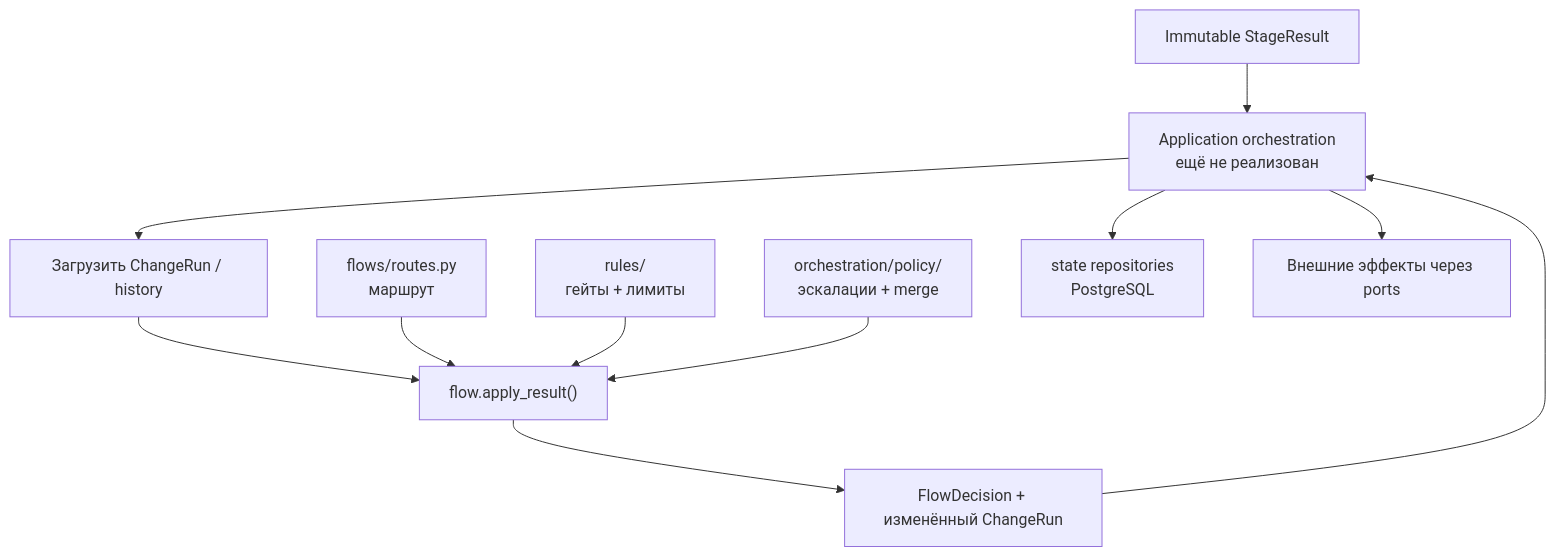
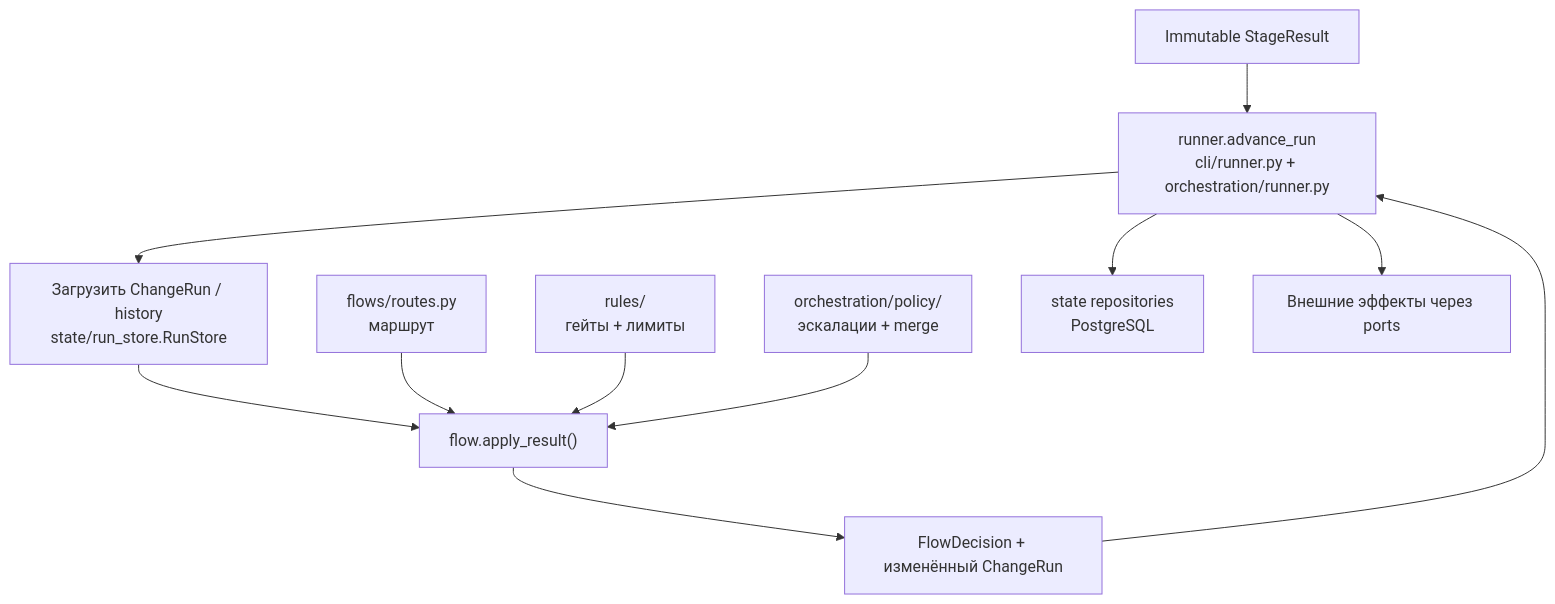
Before and after one commit to vadagama/dark-factory-mvp: the first of 5 diagrams in docs/descriptions/orchestration-flow-and-state.md, drawn with Mermaid. The commit also changed other lines of this file and 8 other files, not shown here.

````diff
--- a/docs/descriptions/orchestration-flow-and-state.md
+++ b/docs/descriptions/orchestration-flow-and-state.md
@@ -22,13 +22,15 @@
 ```mermaid
 flowchart TD
-    RESULT["Immutable StageResult"] --> SERVICE["Application orchestration\nещё не реализован"]
-    SERVICE --> LOAD["Загрузить ChangeRun / history"]
+    RESULT["Immutable StageResult"] --> SERVICE["runner.advance_run
+cli/runner.py + orchestration/runner.py"]
+    SERVICE --> LOAD["Загрузить ChangeRun / history
+state/run_store.RunStore"]
     LOAD --> FLOW["flow.apply_result()"]
     ROUTES["flows/routes.py\nмаршрут"] --> FLOW
     RULES["rules/\nгейты + лимиты"] --> FLOW
     POLICY["orchestration/policy/\nэскалации + merge"] --> FLOW
     FLOW --> DECISION["FlowDecision + изменённый ChangeRun"]
     DECISION --> SERVICE
     SERVICE --> STATE["state repositories\nPostgreSQL"]
     SERVICE --> EFFECTS["Внешние эффекты через ports"]
 ```
````
